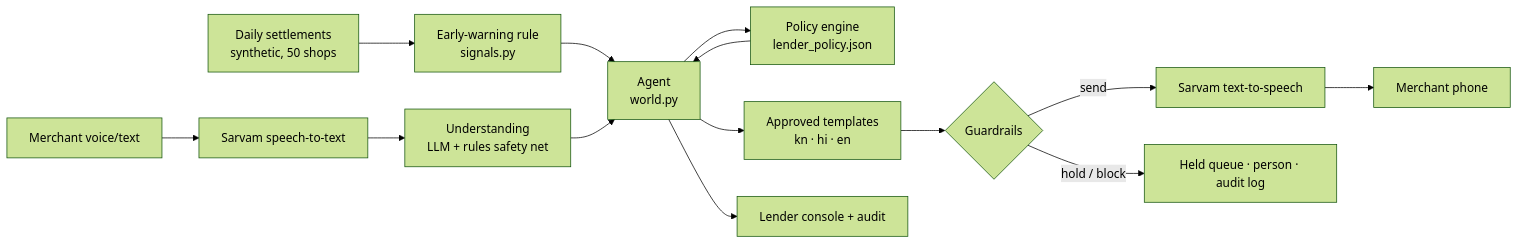
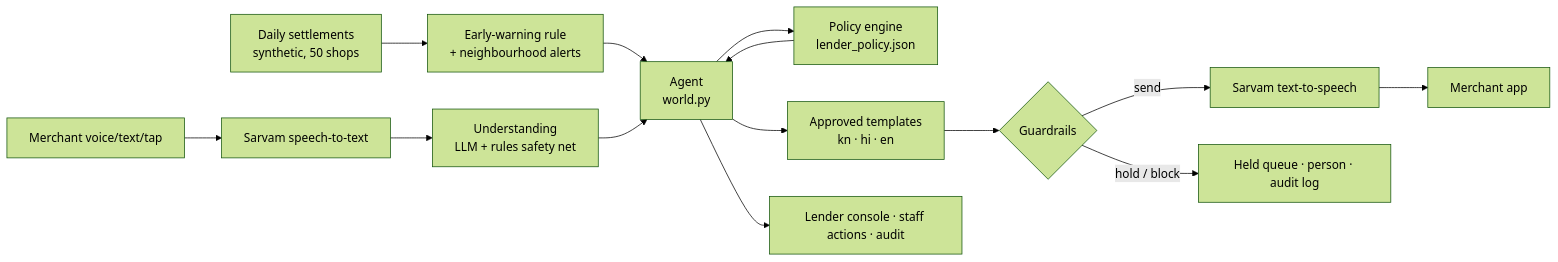
The diagram in README.md (siddhm11/paytm-ai-hackathon-sambhal), drawn with Mermaid (forest theme) before and after one commit. The commit also changed other lines of this file and 18 other files, not shown here.

````diff
--- a/README.md
+++ b/README.md
@@ -100,14 +139,14 @@
 ```mermaid
 flowchart LR
-  S[Daily settlements<br/>synthetic, 50 shops] --> EW[Early-warning rule<br/>signals.py]
+  S[Daily settlements<br/>synthetic, 50 shops] --> EW[Early-warning rule<br/>+ neighbourhood alerts]
   EW --> A[Agent<br/>world.py]
-  M[Merchant voice/text] --> STT[Sarvam speech-to-text] --> NLU[Understanding<br/>LLM + rules safety net]
+  M[Merchant voice/text/tap] --> STT[Sarvam speech-to-text] --> NLU[Understanding<br/>LLM + rules safety net]
   NLU --> A
   A --> P[Policy engine<br/>lender_policy.json]
   P --> A
   A --> T[Approved templates<br/>kn · hi · en]
   T --> G{Guardrails}
-  G -- send --> TTS[Sarvam text-to-speech] --> Phone[Merchant phone]
+  G -- send --> TTS[Sarvam text-to-speech] --> Phone[Merchant app]
   G -- hold / block --> Q[Held queue · person · audit log]
-  A --> L[Lender console + audit]
+  A --> L[Lender console · staff actions · audit]
 ```
````
